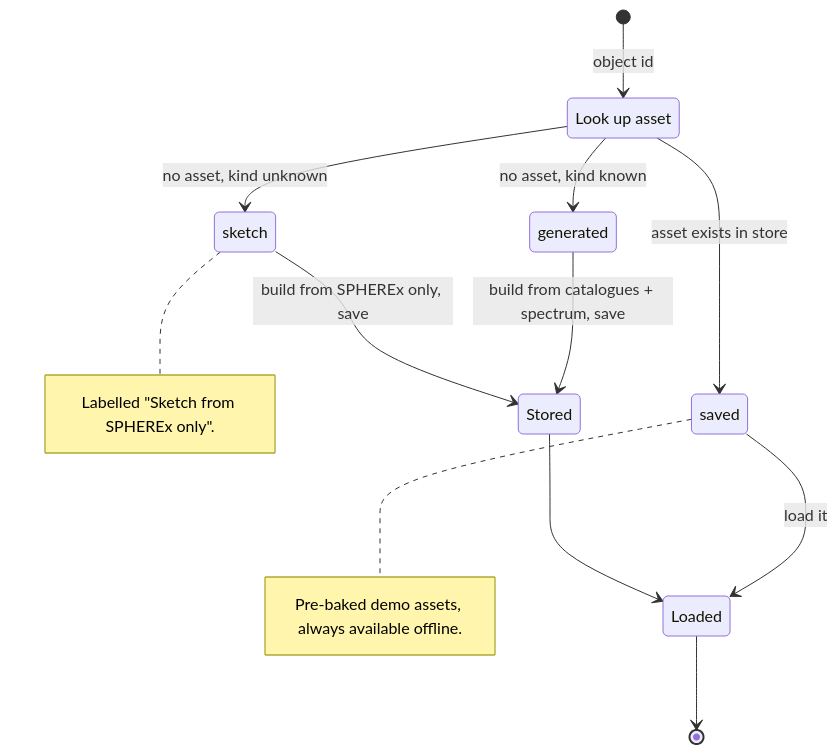
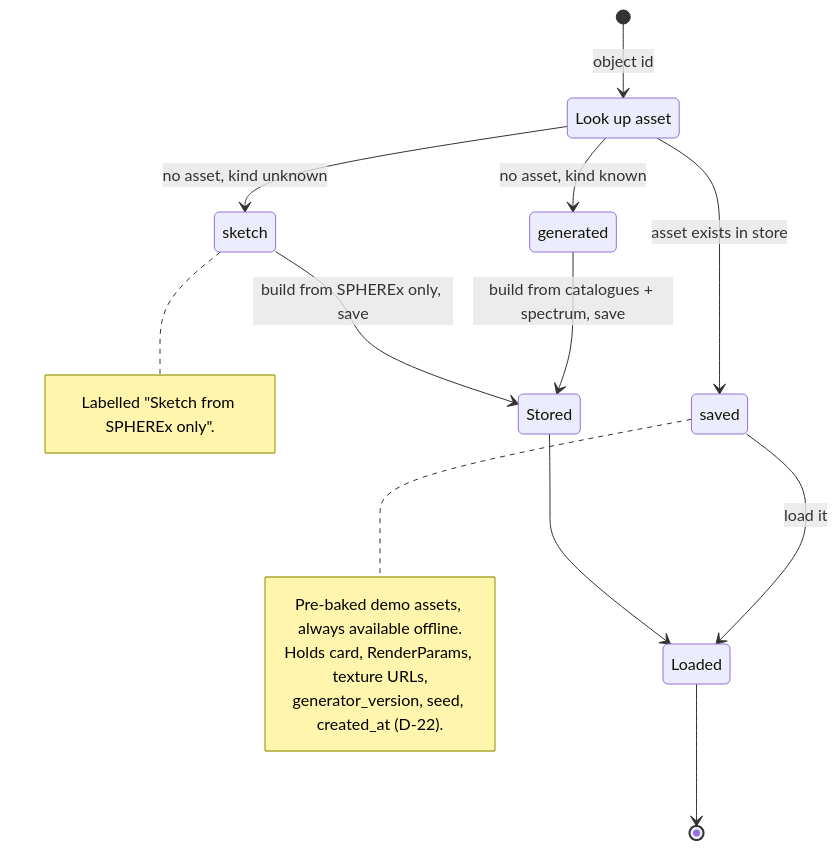
One commit to 0ffrian/SphereX changed the first of 2 diagrams in docs/uml/16-state-asset-lookup.md. Above: the diagram before and after it, drawn with Mermaid. The commit also changed other lines of this file and 41 other files, not shown here.

First line of the commit message:
Record decisions D-14 to D-29 and sync specs, UML and CLAUDE.md

````diff
--- a/docs/uml/16-state-asset-lookup.md
+++ b/docs/uml/16-state-asset-lookup.md
@@ -7,26 +7,28 @@
 ```mermaid
 stateDiagram-v2
   [*] --> Lookup : object id
   Lookup --> Saved : asset exists in store
   Lookup --> Generated : no asset, kind known
   Lookup --> Sketch : no asset, kind unknown
 
   state "Look up asset" as Lookup
   state "saved" as Saved
   state "generated" as Generated
   state "sketch" as Sketch
   state "Stored" as Stored
 
   Saved --> Loaded : load it
   Generated --> Stored : build from catalogues + spectrum, save
   Sketch --> Stored : build from SPHEREx only, save
   Stored --> Loaded
   Loaded --> [*]
 
   note right of Sketch
     Labelled "Sketch from SPHEREx only".
   end note
   note right of Saved
     Pre-baked demo assets, always available offline.
+    Holds card, RenderParams, texture URLs,
+    generator_version, seed, created_at (D-22).
   end note
 ```
````
